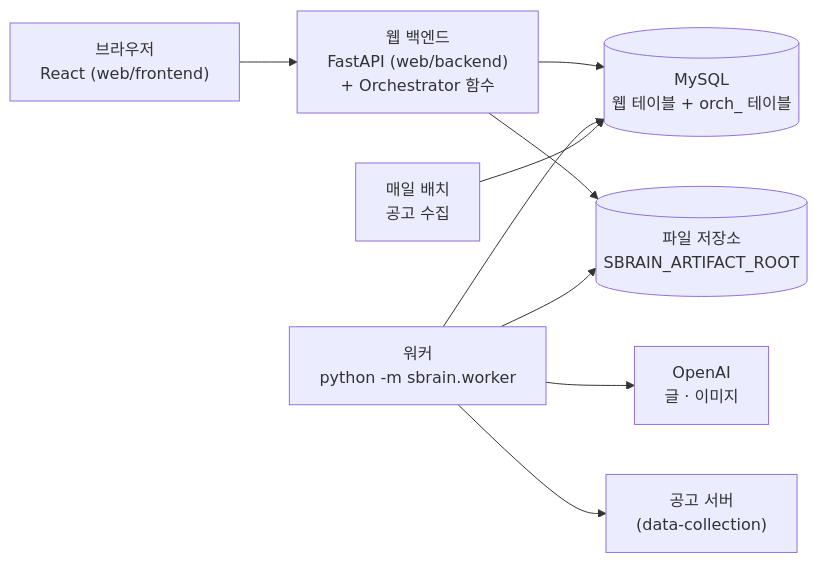
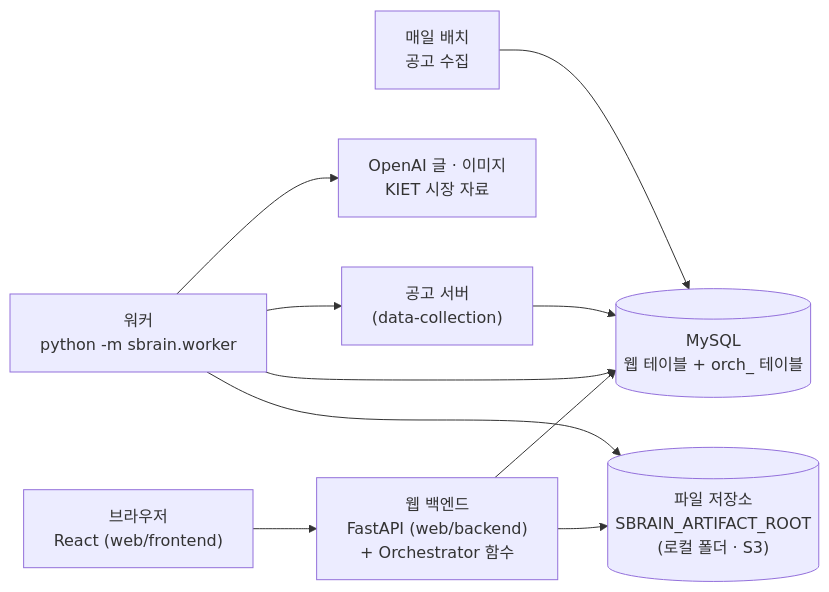
One commit to SKNETWORKS-FAMILY-AICAMP/SKN32-FINAL-1TEAM changed the second of 2 diagrams in README.md. Above: the diagram before and after it, drawn with Mermaid. The commit also changed other lines of this file and 77 other files, not shown here.

````diff
--- a/README.md
+++ b/README.md
@@ -109,11 +199,12 @@
 ```mermaid
 flowchart LR
   B["브라우저<br/>React (web/frontend)"] --> W["웹 백엔드<br/>FastAPI (web/backend)<br/>+ Orchestrator 함수"]
   W --> DB[("MySQL<br/>웹 테이블 + orch_ 테이블")]
   K["워커<br/>python -m sbrain.worker"] --> DB
-  K --> AI["OpenAI<br/>글 · 이미지"]
+  K --> AI["OpenAI 글 · 이미지<br/>KIET 시장 자료"]
   K --> N["공고 서버<br/>(data-collection)"]
-  W --> F[("파일 저장소<br/>SBRAIN_ARTIFACT_ROOT")]
+  N --> DB
+  W --> F[("파일 저장소<br/>SBRAIN_ARTIFACT_ROOT<br/>(로컬 폴더 · S3)")]
   K --> F
   C["매일 배치<br/>공고 수집"] --> DB
 ```
````
